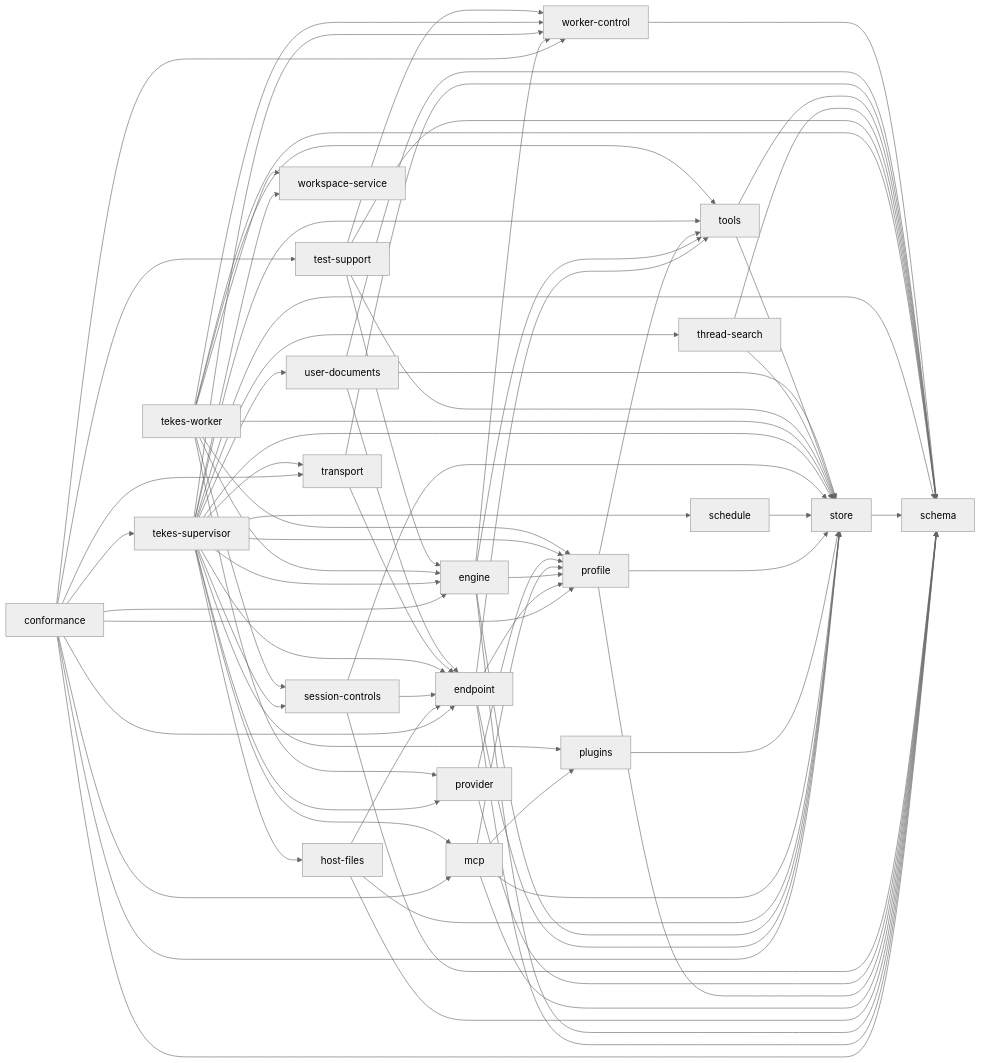
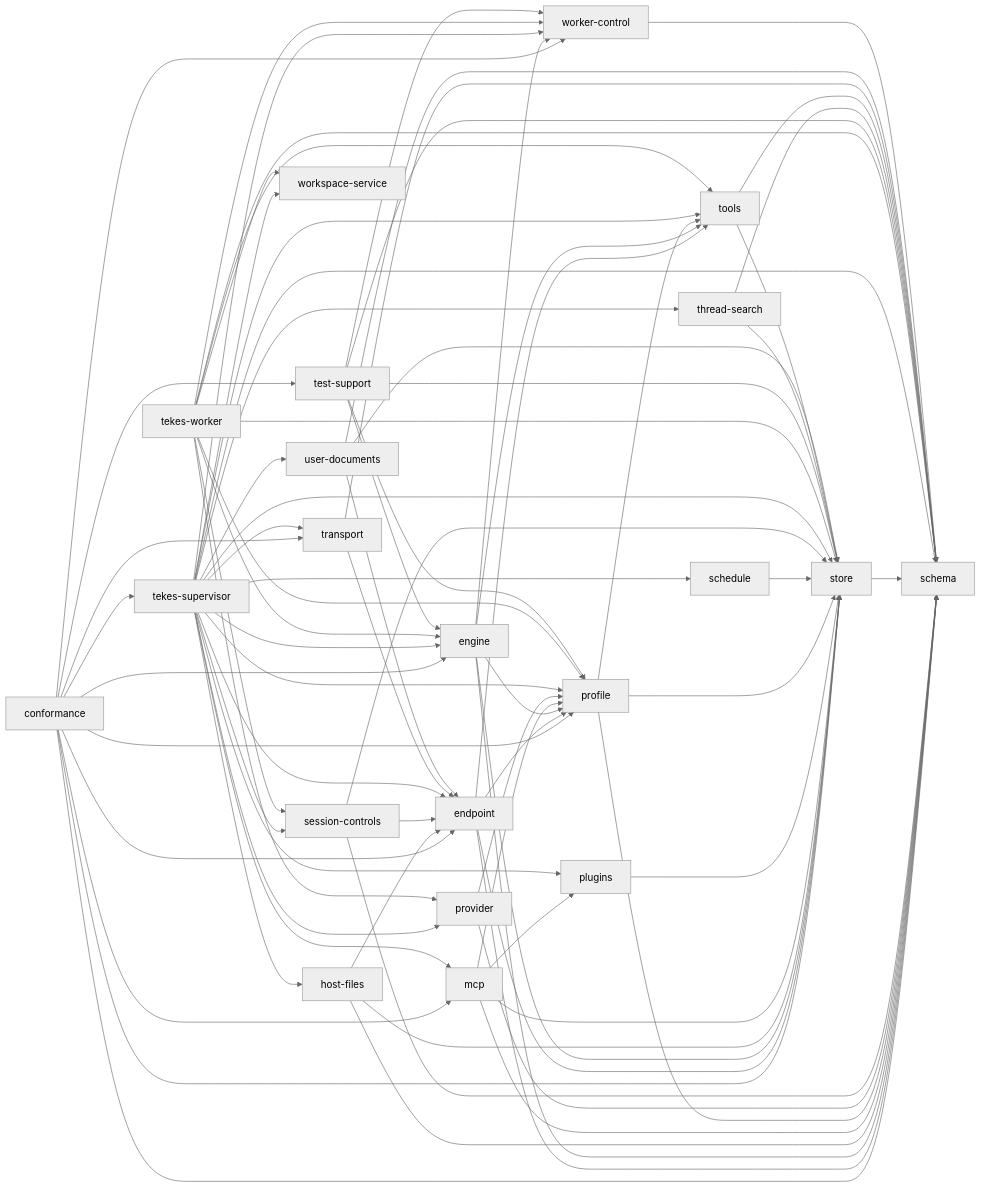
Before and after one commit to TekesApps/TekesKernel: the diagram in docs/architecture/generated/dependencies.mmd, drawn with Mermaid (neutral theme). The commit also changed 147 other files, not shown here.

```diff
--- a/docs/architecture/generated/dependencies.mmd
+++ b/docs/architecture/generated/dependencies.mmd
@@ -1,99 +1,100 @@
 flowchart LR
   p0["conformance"]
   p1["endpoint"]
   p2["engine"]
   p3["host-files"]
   p4["mcp"]
   p5["plugins"]
   p6["profile"]
   p7["provider"]
   p8["schedule"]
   p9["schema"]
   p10["session-controls"]
   p11["store"]
   p12["tekes-supervisor"]
   p13["tekes-worker"]
   p14["test-support"]
   p15["thread-search"]
   p16["tools"]
   p17["transport"]
   p18["user-documents"]
   p19["worker-control"]
   p20["workspace-service"]
   p0 --> p1
   p0 --> p2
   p0 --> p4
   p0 --> p6
   p0 --> p9
   p0 --> p11
   p0 --> p12
   p0 --> p14
   p0 --> p17
   p0 --> p19
   p1 --> p6
   p1 --> p9
   p1 --> p11
   p1 --> p16
   p2 --> p6
   p2 --> p9
   p2 --> p11
   p2 --> p16
   p2 --> p19
   p3 --> p1
   p3 --> p9
   p3 --> p11
   p4 --> p5
   p4 --> p6
   p4 --> p9
   p4 --> p11
   p5 --> p11
   p6 --> p9
   p6 --> p11
   p6 --> p16
   p7 --> p6
   p7 --> p9
   p8 --> p11
   p10 --> p1
   p10 --> p9
   p10 --> p11
   p11 --> p9
   p12 --> p1
   p12 --> p2
   p12 --> p3
   p12 --> p4
   p12 --> p5
   p12 --> p6
   p12 --> p7
   p12 --> p8
   p12 --> p9
   p12 --> p10
   p12 --> p11
   p12 --> p15
   p12 --> p16
   p12 --> p17
   p12 --> p18
   p12 --> p19
   p12 --> p20
   p13 --> p2
   p13 --> p6
   p13 --> p7
   p13 --> p9
   p13 --> p10
   p13 --> p11
   p13 --> p16
   p13 --> p19
   p13 --> p20
   p14 --> p2
+  p14 --> p6
   p14 --> p9
   p14 --> p11
   p14 --> p19
   p15 --> p9
   p15 --> p11
   p16 --> p9
   p16 --> p11
   p17 --> p1
   p17 --> p9
   p18 --> p1
   p18 --> p9
   p18 --> p11
   p19 --> p9
```
